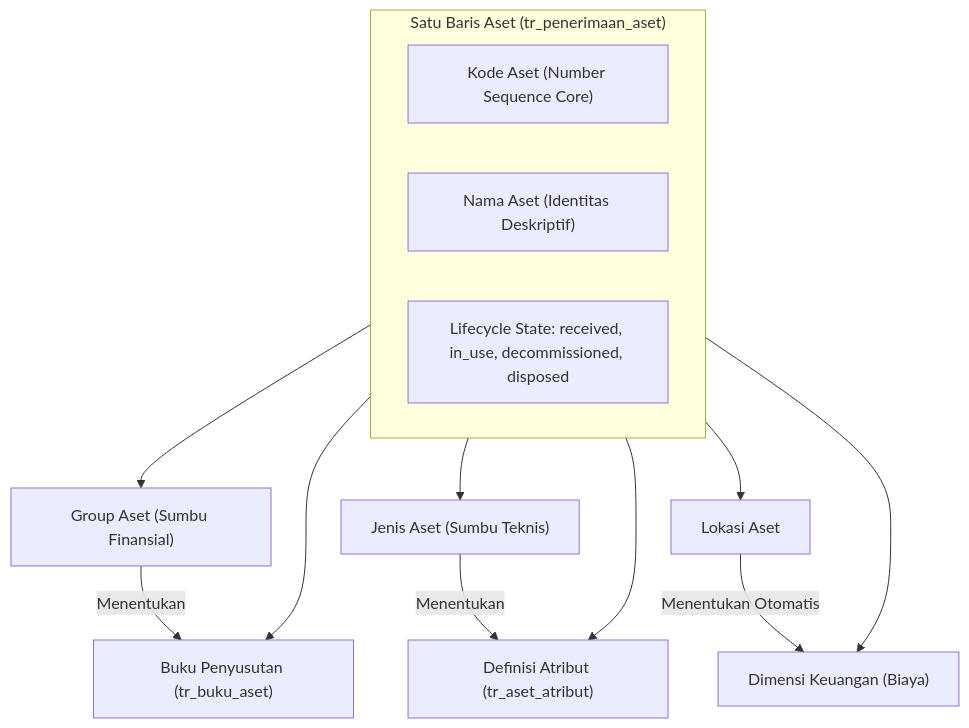
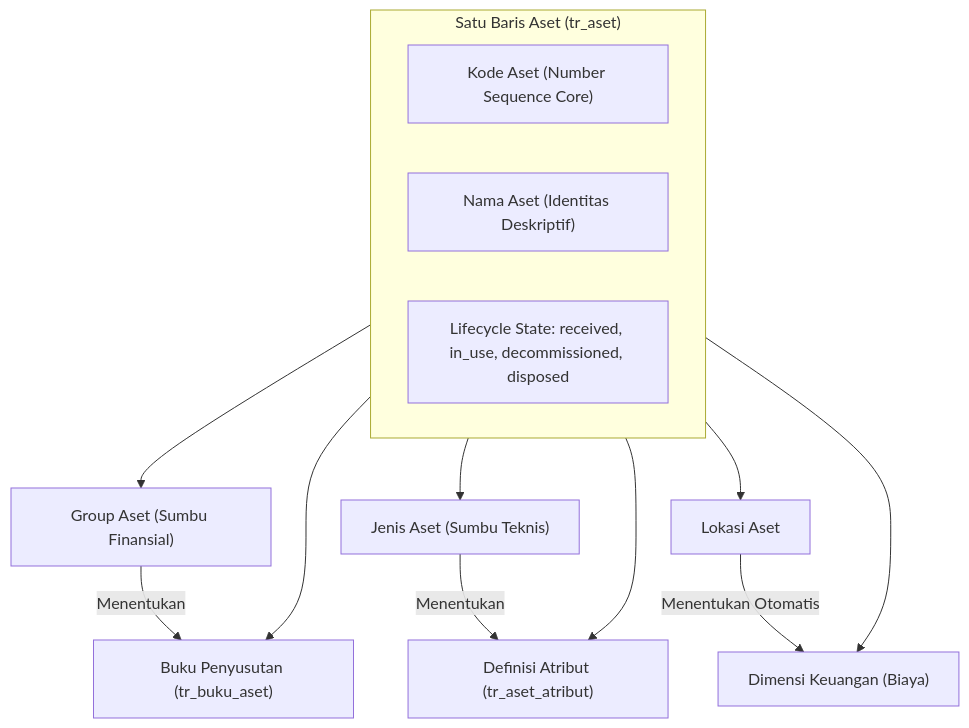
The first of 3 diagrams in docs/apps/management-aset/transaction/register-aset/index.md (MettaDevs/coreERP), drawn with Mermaid before and after one commit. The commit also changed other lines of this file and 151 other files, not shown here.

````diff
--- a/docs/apps/management-aset/transaction/register-aset/index.md
+++ b/docs/apps/management-aset/transaction/register-aset/index.md
@@ -9,19 +9,19 @@
 ```mermaid
 graph TD
-    subgraph ASET["Satu Baris Aset (tr_penerimaan_aset)"]
+    subgraph ASET["Satu Baris Aset (tr_aset)"]
         KODE["Kode Aset (Number Sequence Core)"]
         NAMA["Nama Aset (Identitas Deskriptif)"]
         STATE["Lifecycle State: received, in_use, decommissioned, disposed"]
     end
 
     GROUP["Group Aset (Sumbu Finansial)"] -->|Menentukan| BUKU["Buku Penyusutan (tr_buku_aset)"]
     JENIS["Jenis Aset (Sumbu Teknis)"] -->|Menentukan| ATRIBUT["Definisi Atribut (tr_aset_atribut)"]
     LOKASI["Lokasi Aset"] -->|Menentukan Otomatis| DIMENSI["Dimensi Keuangan (Biaya)"]
 
     ASET --> GROUP
     ASET --> JENIS
     ASET --> LOKASI
     ASET --> BUKU
     ASET --> ATRIBUT
     ASET --> DIMENSI
 ```
````
